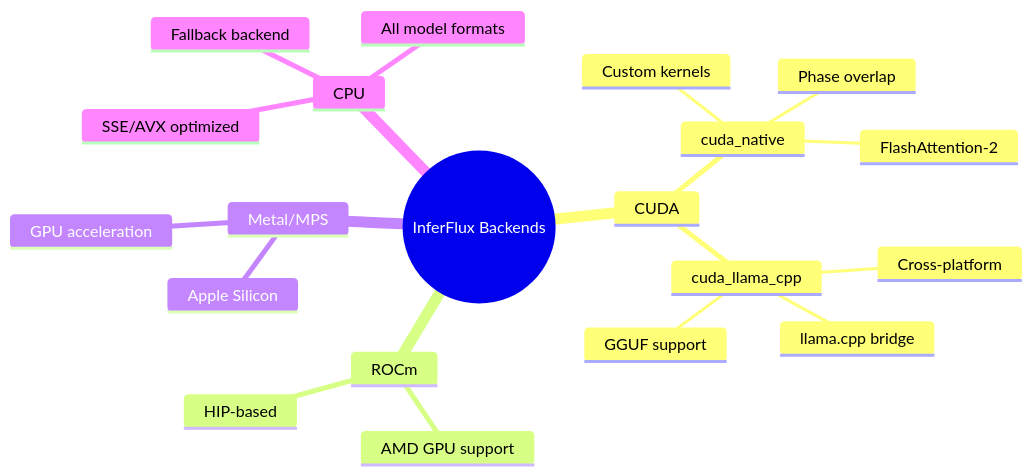
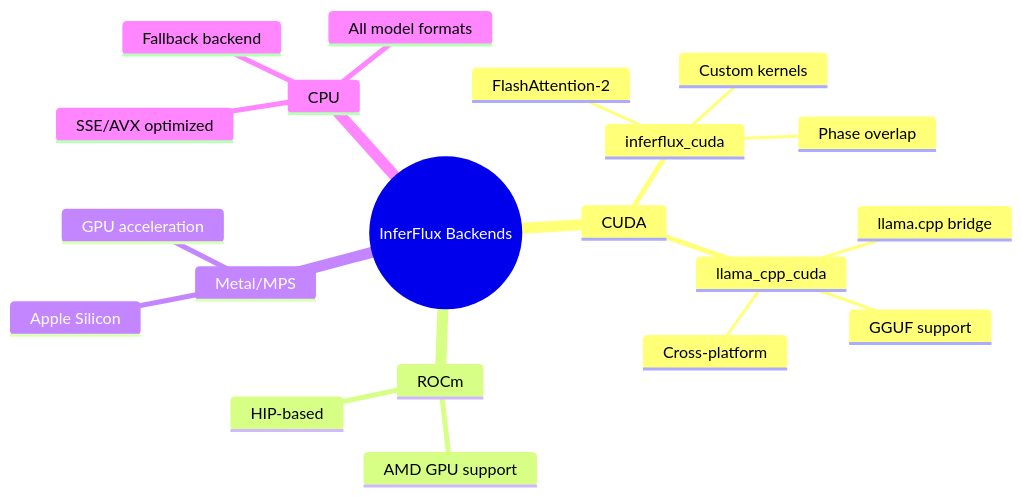
The second of 7 diagrams in docs/BACKEND_DEVELOPMENT.md (vjsingh1984/inferflux), drawn with Mermaid before and after one commit. The commit also changed other lines of this file and 98 other files, not shown here.

````diff
--- a/docs/BACKEND_DEVELOPMENT.md
+++ b/docs/BACKEND_DEVELOPMENT.md
@@ -48,23 +48,23 @@
 ```mermaid
 mindmap
   root((InferFlux Backends))
     CUDA
-      cuda_native
+      inferflux_cuda
         Custom kernels
         FlashAttention-2
         Phase overlap
-      cuda_llama_cpp
+      llama_cpp_cuda
         llama.cpp bridge
         GGUF support
         Cross-platform
     ROCm
       AMD GPU support
       HIP-based
     Metal/MPS
       Apple Silicon
       GPU acceleration
     CPU
       SSE/AVX optimized
       Fallback backend
       All model formats
 ```
````
